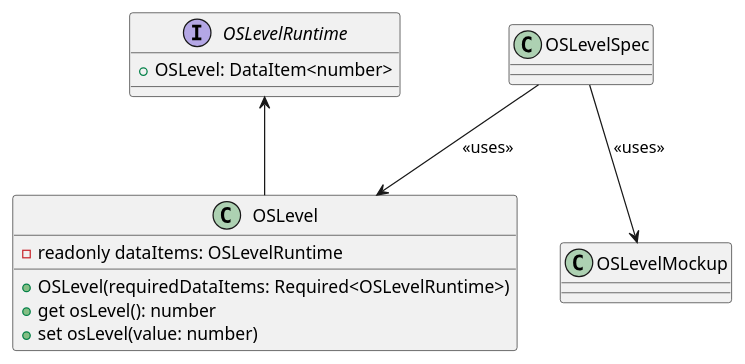
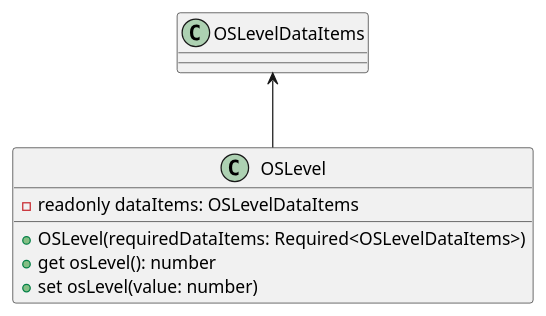
One commit to p2o-lab/polaris-backend changed the diagram in src/modularPlantManager/pea/dataAssembly/baseFunction/osLevel/OSLevel.puml. Above: the diagram before and after it, drawn with PlantUML. The commit also changed 12 other files, not shown here.

```diff
--- a/src/modularPlantManager/pea/dataAssembly/baseFunction/osLevel/OSLevel.puml
+++ b/src/modularPlantManager/pea/dataAssembly/baseFunction/osLevel/OSLevel.puml
@@ -26,18 +26,13 @@
 @startuml
 'https://plantuml.com/class-diagram
 
-interface OSLevelRuntime{
-    + OSLevel: DataItem<number>
-}
-
 class OSLevel{
-    - readonly dataItems: OSLevelRuntime
-    + OSLevel(requiredDataItems: Required<OSLevelRuntime>)
+    - readonly dataItems: OSLevelDataItems
+    + OSLevel(requiredDataItems: Required<OSLevelDataItems>)
     + get osLevel(): number
     + set osLevel(value: number)
 }
 
-OSLevelRuntime <-- OSLevel
-OSLevelSpec --> OSLevel : <<uses>>
-OSLevelSpec --> OSLevelMockup : <<uses>>
+OSLevelDataItems <-- OSLevel
+
 @enduml
```
